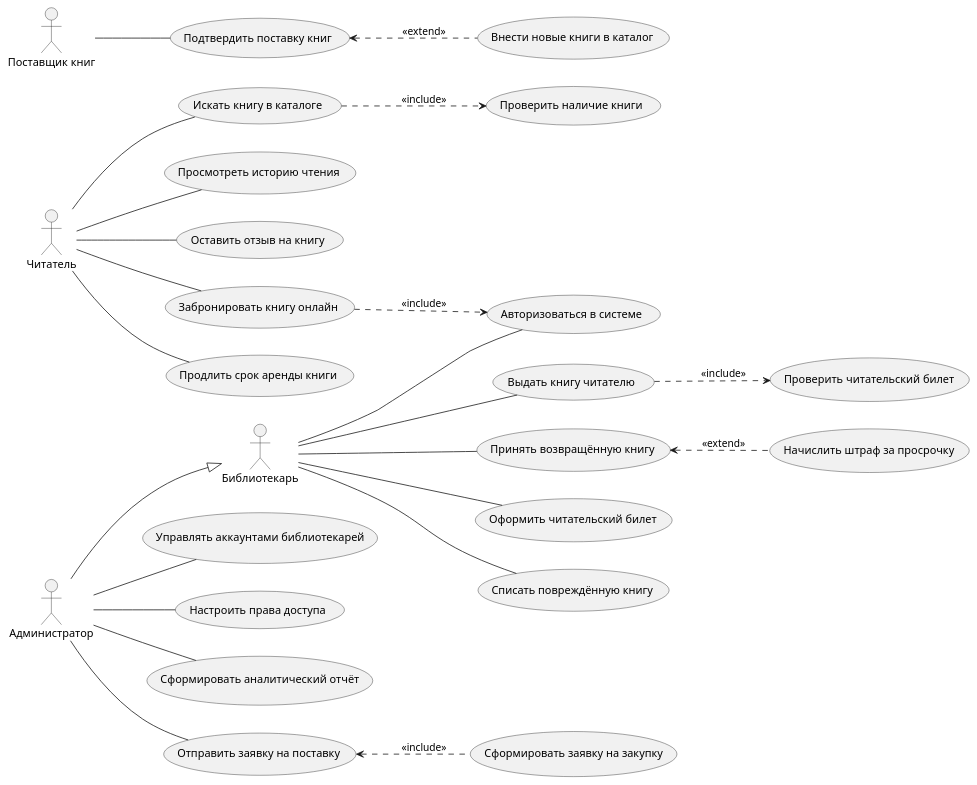
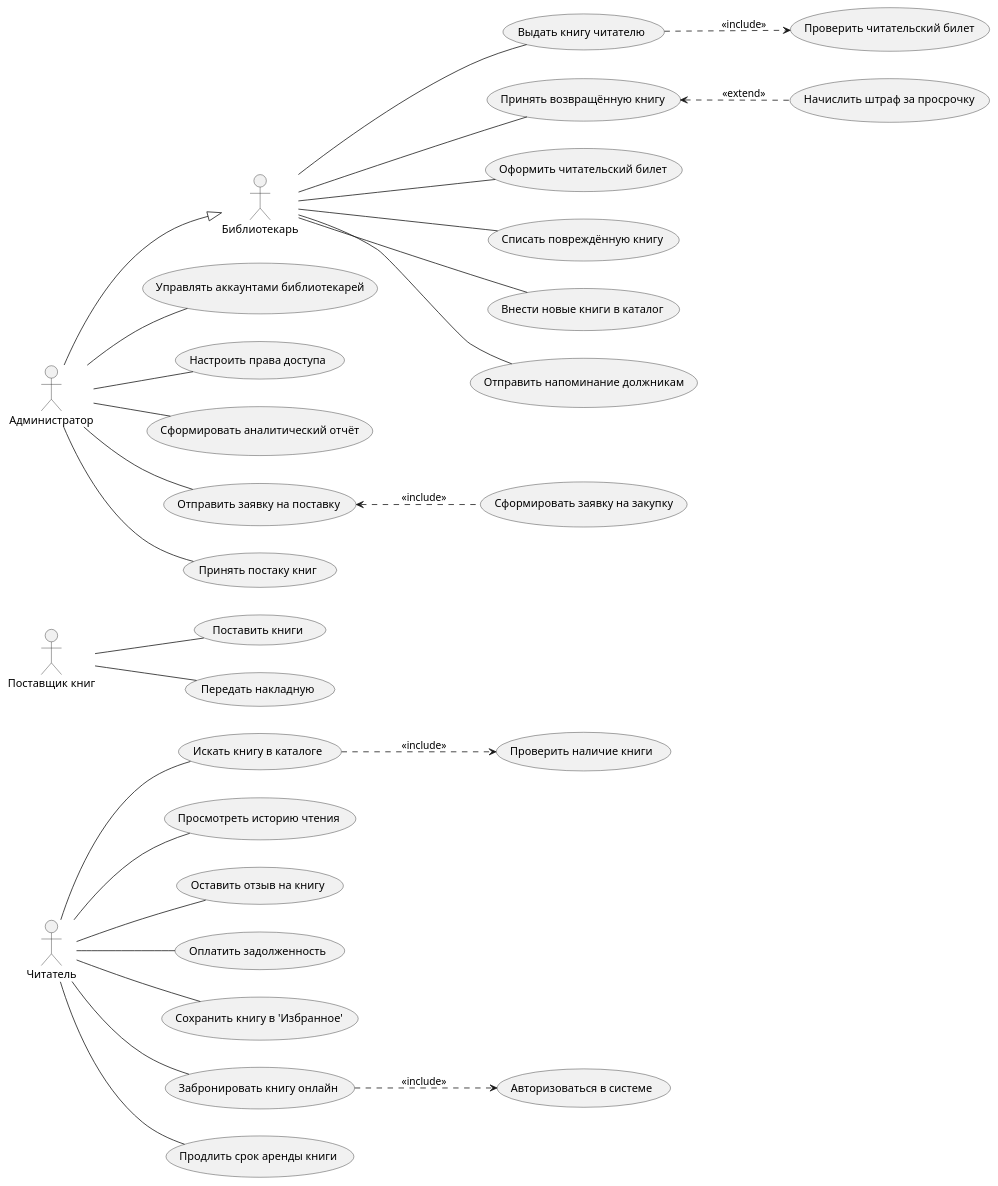
The diagram in Информационные системы и технологии/library.puml (dan4a06/university_tasks), drawn with PlantUML before and after one commit. The commit also changed 1 other file, not shown here.

Commit message:
отредачил uml диаграммы

```diff
--- a/Информационные системы и технологии/library.puml
+++ b/Информационные системы и технологии/library.puml
@@ -1,81 +1,89 @@
 @startuml
 ' Настройки стиля для аккуратного вида
 
 left to right direction
 
 ' --- АКТЁРЫ ---
 actor "Читатель" as Reader
 actor "Поставщик книг" as Supplier
 actor "Библиотекарь" as Librarian
 actor "Администратор" as Admin
 
 ' Обобщение (Наследование)
 Admin --|> Librarian
 
 ' Блок 1: Авторизация и поиск
   usecase "Авторизоваться в системе" as UC_Auth
   usecase "Искать книгу в каталоге" as UC_Search
   usecase "Проверить наличие книги" as UC_CheckDB
   usecase "Просмотреть историю чтения" as UC_History
   usecase "Оставить отзыв на книгу" as UC_Review
+  usecase "Оплатить задолженность" as UC_Pay
+  usecase "Сохранить книгу в 'Избранное'" as UC_AddFavorites
 
 
 ' Блок 2: Обслуживание читателей
   usecase "Забронировать книгу онлайн" as UC_Book
   usecase "Продлить срок аренды книги" as UC_Renew
   usecase "Выдать книгу читателю" as UC_Issue
   usecase "Проверить читательский билет" as UC_CheckCard
   usecase "Принять возвращённую книгу" as UC_Return
   usecase "Начислить штраф за просрочку" as UC_Fine
   usecase "Оформить читательский билет" as UC_NewCard
   usecase "Списать повреждённую книгу" as UC_Discard
   usecase "Внести новые книги в каталог" as UC_AddBooks
+  usecase "Отправить напоминание должникам" as UC_SendReminders
 
 
 ' Блок 3: Поставка и закупка
-  usecase "Подтвердить поставку книг" as UC_ConfirmSupply
+  usecase "Поставить книги" as UC_ConfirmSupply
+  usecase "Передать накладную" as UC_SendInvoice
 
 
 ' Блок 4: Администрирование
   usecase "Управлять аккаунтами библиотекарей" as UC_ManageUsers
   usecase "Настроить права доступа" as UC_SetPermissions
   usecase "Сформировать аналитический отчёт" as UC_Report
   usecase "Отправить заявку на поставку" as UC_SendOrder
   usecase "Сформировать заявку на закупку" as UC_Order
+  usecase "Принять постаку книг" as UC_Postavka
 
 
 ' --- СВЯЗИ ЧИТАТЕЛЯ ---
 Reader -- UC_Search
 Reader -- UC_History
 Reader -- UC_Review
 Reader -- UC_Book
 Reader -- UC_Renew
+Reader -- UC_Pay
+Reader -- UC_AddFavorites
 
 ' --- СВЯЗИ БИБЛИОТЕКАРЯ ---
-Librarian -- UC_Auth
 Librarian -- UC_Issue
 Librarian -- UC_Return
 Librarian -- UC_NewCard
 Librarian -- UC_Discard
-' Librarian -- UC_AddBooks
+Librarian -- UC_SendReminders
+Librarian -- UC_AddBooks
 
 ' --- СВЯЗИ ПОСТАВЩИКА ---
 Supplier -- UC_ConfirmSupply
+Supplier -- UC_SendInvoice
 
 ' --- СВЯЗИ АДМИНИСТРАТОРА (Уникальные) ---
 Admin -- UC_ManageUsers
 Admin -- UC_SetPermissions
 Admin -- UC_Report
 Admin -- UC_SendOrder
+Admin -- UC_Postavka
 
 ' --- СВЯЗИ INCLUDE (Обязательные шаги) ---
 UC_Search ..> UC_CheckDB : <<include>>
 UC_Book ..> UC_Auth : <<include>>
 UC_Issue ..> UC_CheckCard : <<include>>
 UC_SendOrder <.. UC_Order : <<include>>
 
 ' --- СВЯЗИ EXTEND (Условия и расширения) ---
 UC_Return <.. UC_Fine : <<extend>>
-UC_ConfirmSupply <.. UC_AddBooks : <<extend>>
 
 @enduml
```
